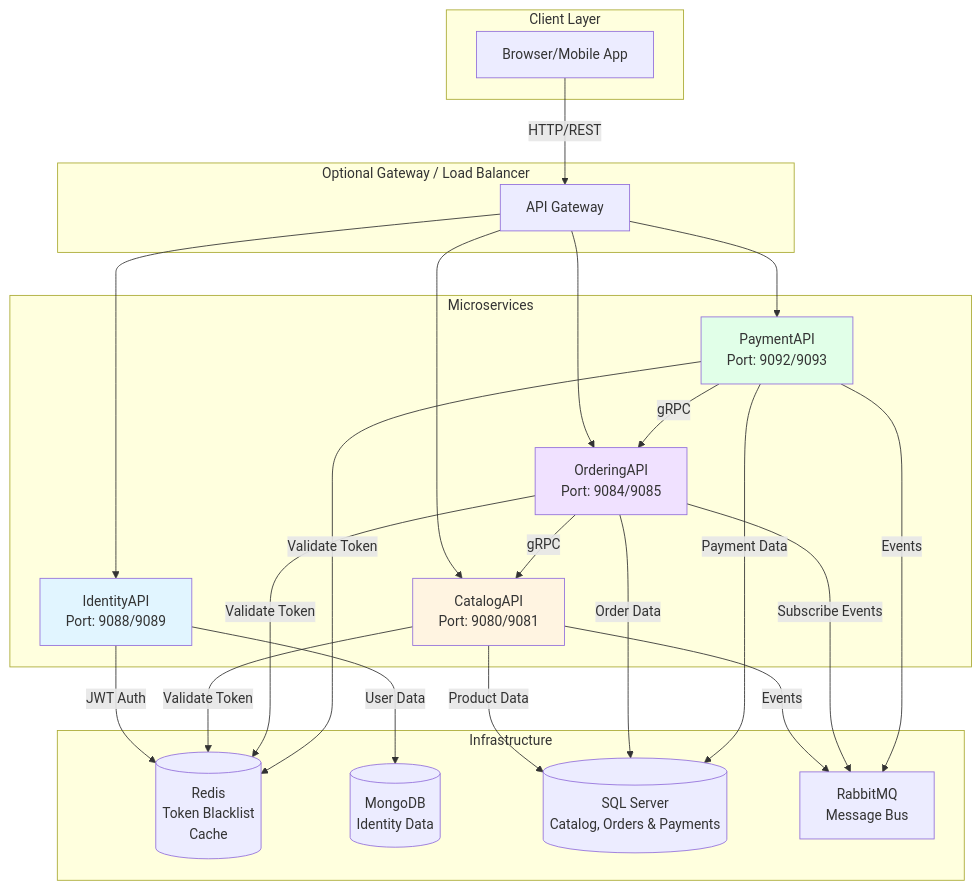
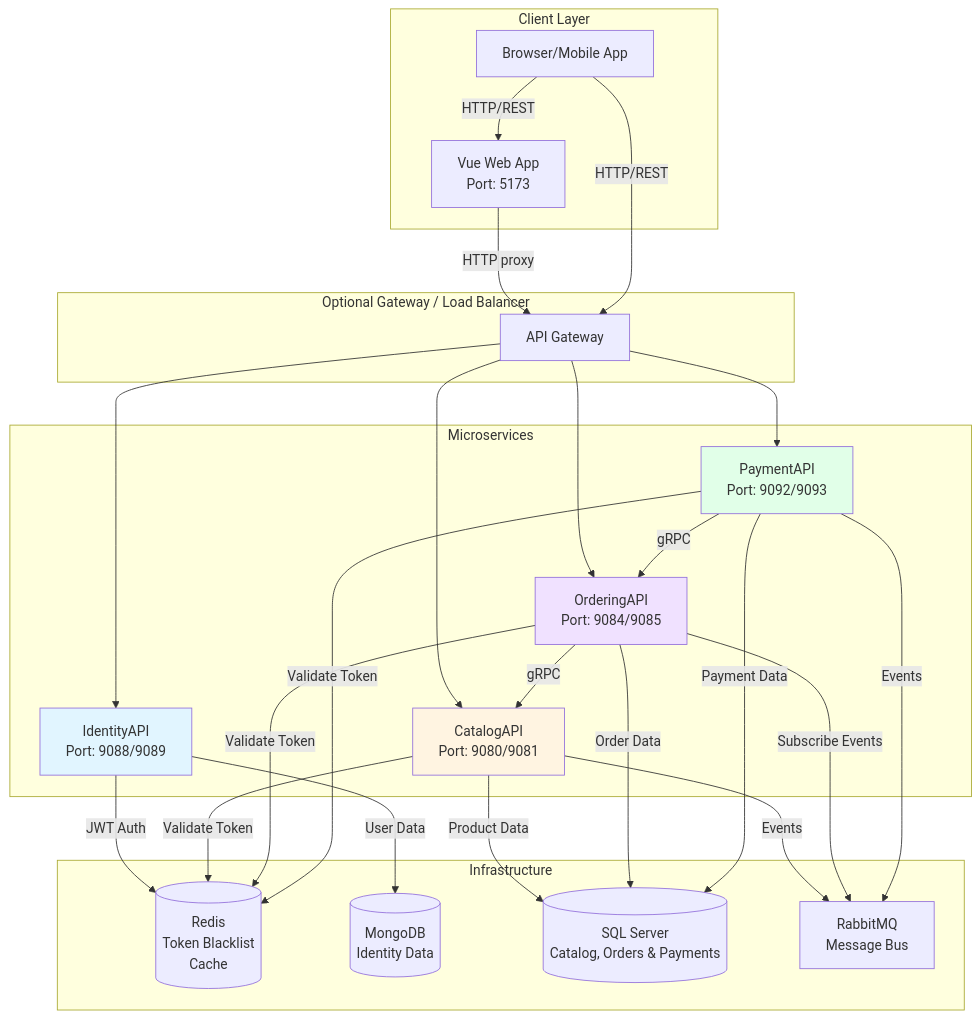
The first of 10 diagrams in docs/architecture.md (gndev-vn/DDDSample), drawn with Mermaid before and after one commit. The commit also changed other lines of this file and 429 other files, not shown here.

First line of the commit message:
Add Vue 3 admin frontend and update architecture docs

````diff
--- a/docs/architecture.md
+++ b/docs/architecture.md
@@ -7,52 +11,55 @@
 ```mermaid
 graph TB
     subgraph "Client Layer"
         Browser[Browser/Mobile App]
+        WebApp[Vue Web App<br/>Port: 5173]
     end
 
     subgraph "Optional Gateway / Load Balancer"
         Gateway[API Gateway]
     end
 
     subgraph "Microservices"
         Identity[IdentityAPI<br/>Port: 9088/9089]
         Catalog[CatalogAPI<br/>Port: 9080/9081]
         Ordering[OrderingAPI<br/>Port: 9084/9085]
         Payment[PaymentAPI<br/>Port: 9092/9093]
     end
 
     subgraph "Infrastructure"
         Redis[(Redis<br/>Token Blacklist<br/>Cache)]
         MongoDB[(MongoDB<br/>Identity Data)]
         SQLServer[(SQL Server<br/>Catalog, Orders & Payments)]
         RabbitMQ[RabbitMQ<br/>Message Bus]
     end
 
+    Browser -->|HTTP/REST| WebApp
+    WebApp -->|HTTP proxy| Gateway
     Browser -->|HTTP/REST| Gateway
     Gateway --> Identity
     Gateway --> Catalog
     Gateway --> Ordering
     Gateway --> Payment
 
     Identity -->|JWT Auth| Redis
     Identity -->|User Data| MongoDB
     
     Catalog -->|Product Data| SQLServer
     Catalog -->|Events| RabbitMQ
     Catalog -->|Validate Token| Redis
     
     Ordering -->|Order Data| SQLServer
     Ordering -->|Subscribe Events| RabbitMQ
     Ordering -->|gRPC| Catalog
     Ordering -->|Validate Token| Redis
 
     Payment -->|Payment Data| SQLServer
     Payment -->|Events| RabbitMQ
     Payment -->|gRPC| Ordering
     Payment -->|Validate Token| Redis
 
     style Identity fill:#e1f5ff
     style Catalog fill:#fff4e1
     style Ordering fill:#f0e1ff
     style Payment fill:#e1ffe8
 ```
````
